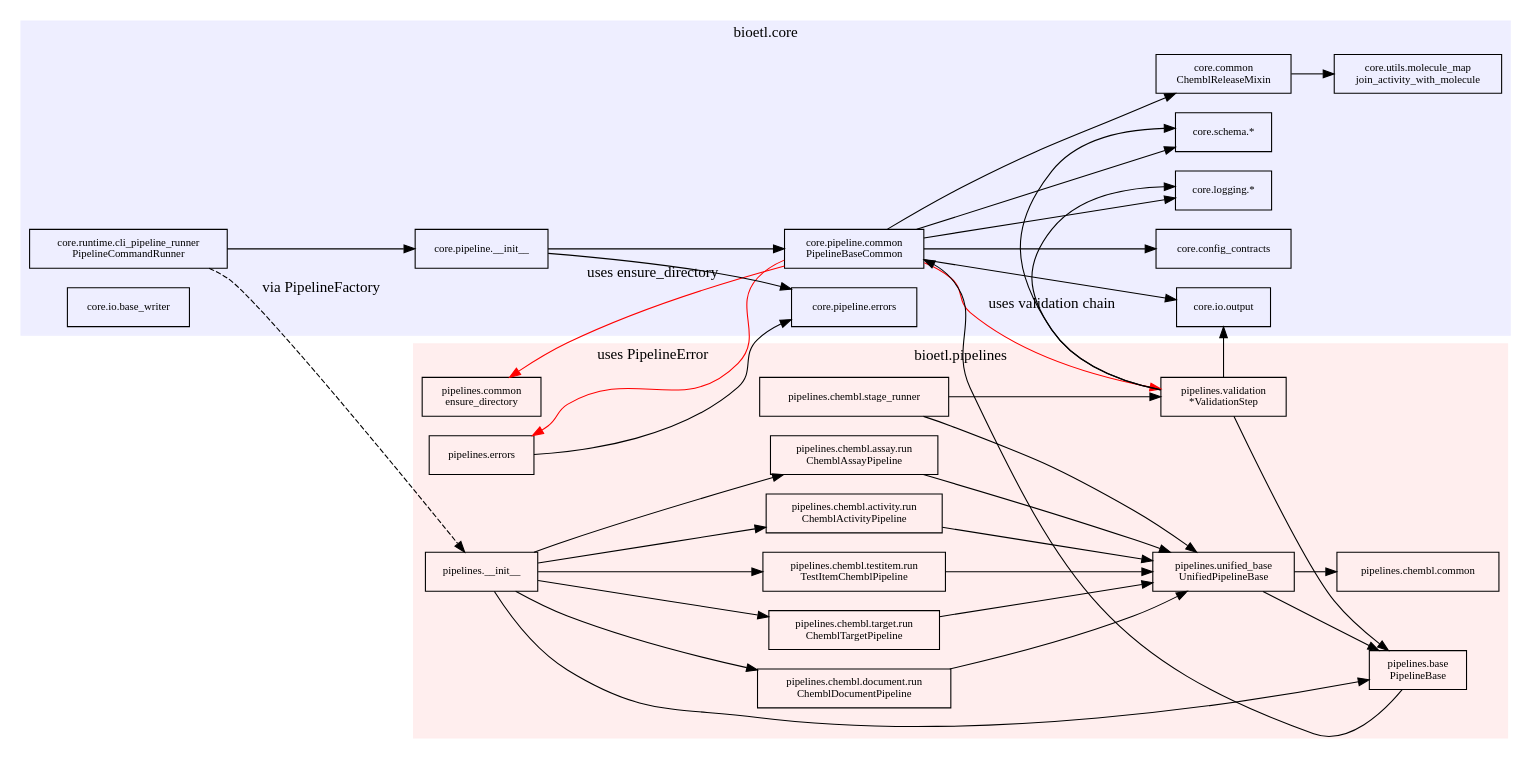
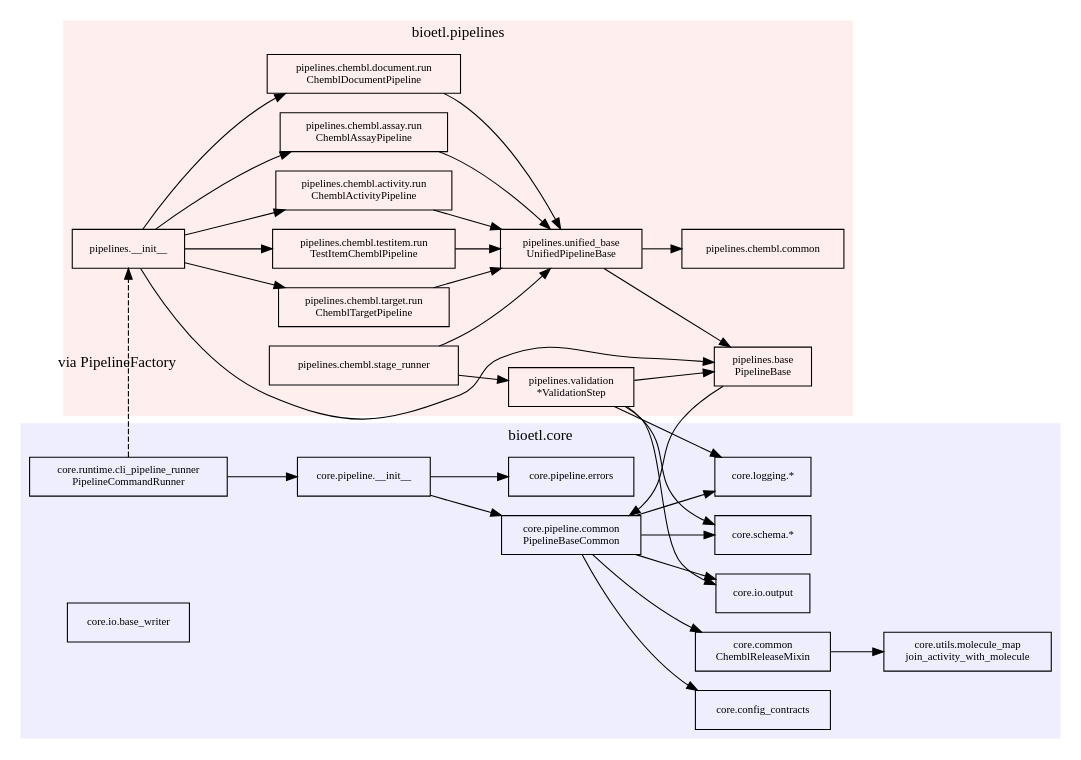
One commit to SatoryKono/bioactivity_data_acquisition changed the diagram in docs/diagrams/core-pipelines.dot. Above: the diagram before and after it, drawn with Graphviz. The commit also changed 14 other files, not shown here.

```diff
--- a/docs/diagrams/core-pipelines.dot
+++ b/docs/diagrams/core-pipelines.dot
@@ -1,86 +1,78 @@
 digraph BioETL_Pipelines {
     rankdir=LR;
     node [shape=box, fontsize=10];
 
     subgraph cluster_core {
         label = "bioetl.core";
         style=filled;
         color="#eeeeff";
 
         core_pipeline_common   [label="core.pipeline.common\nPipelineBaseCommon"];
         core_pipeline_errors   [label="core.pipeline.errors"];
         core_pipeline_init     [label="core.pipeline.__init__"];
         core_runtime_runner    [label="core.runtime.cli_pipeline_runner\nPipelineCommandRunner"];
         core_io_output         [label="core.io.output"];
         core_io_base_writer    [label="core.io.base_writer"];
         core_config_contracts  [label="core.config_contracts"];
         core_logging           [label="core.logging.*"];
         core_schema            [label="core.schema.*"];
         core_utils_common      [label="core.common\nChemblReleaseMixin"];
         core_utils_molecule    [label="core.utils.molecule_map\njoin_activity_with_molecule"];
     }
 
     subgraph cluster_pipelines {
         label = "bioetl.pipelines";
         style=filled;
         color="#ffeeee";
 
         pipelines_init         [label="pipelines.__init__"];
         pipelines_base         [label="pipelines.base\nPipelineBase"];
-        pipelines_errors       [label="pipelines.errors"];
-        pipelines_common       [label="pipelines.common\nensure_directory"];
         pipelines_validation   [label="pipelines.validation\n*ValidationStep"];
         pipelines_unified_base [label="pipelines.unified_base\nUnifiedPipelineBase"];
         chembl_common          [label="pipelines.chembl.common"];
         chembl_stage_runner    [label="pipelines.chembl.stage_runner"];
         chembl_activity        [label="pipelines.chembl.activity.run\nChemblActivityPipeline"];
         chembl_assay           [label="pipelines.chembl.assay.run\nChemblAssayPipeline"];
         chembl_document        [label="pipelines.chembl.document.run\nChemblDocumentPipeline"];
         chembl_target          [label="pipelines.chembl.target.run\nChemblTargetPipeline"];
         chembl_testitem        [label="pipelines.chembl.testitem.run\nTestItemChemblPipeline"];
     }
 
     /* core internal */
     core_pipeline_init -> core_pipeline_common;
     core_pipeline_init -> core_pipeline_errors;
     core_runtime_runner -> core_pipeline_init;
     core_pipeline_common -> core_io_output;
     core_pipeline_common -> core_logging;
     core_pipeline_common -> core_schema;
     core_pipeline_common -> core_config_contracts;
     core_pipeline_common -> core_utils_common;
     core_utils_common -> core_utils_molecule;
 
     /* pipelines internal */
     pipelines_base -> core_pipeline_common;
-    pipelines_errors -> core_pipeline_errors;
     pipelines_validation -> core_io_output;
     pipelines_validation -> core_logging;
     pipelines_validation -> core_schema;
     pipelines_validation -> pipelines_base;  // via pipeline methods
     pipelines_unified_base -> pipelines_base;
     pipelines_unified_base -> chembl_common;
     chembl_stage_runner -> pipelines_unified_base;
     chembl_stage_runner -> pipelines_validation;
 
     pipelines_init -> chembl_activity;
     pipelines_init -> chembl_assay;
     pipelines_init -> chembl_document;
     pipelines_init -> chembl_target;
     pipelines_init -> chembl_testitem;
     pipelines_init -> pipelines_base;
 
     chembl_activity -> pipelines_unified_base;
     chembl_assay   -> pipelines_unified_base;
     chembl_document-> pipelines_unified_base;
     chembl_target  -> pipelines_unified_base;
     chembl_testitem-> pipelines_unified_base;
 
-    /* reverse deps core -> pipelines (leaks) */
-    core_pipeline_common -> pipelines_common   [color=red, label="uses ensure_directory"];
-    core_pipeline_common -> pipelines_errors   [color=red, label="uses PipelineError"];
-    core_pipeline_common -> pipelines_validation [color=red, label="uses validation chain"];
-
     /* CLI -> pipelines */
     core_runtime_runner -> pipelines_init      [style=dashed, label="via PipelineFactory"];
 }
```
